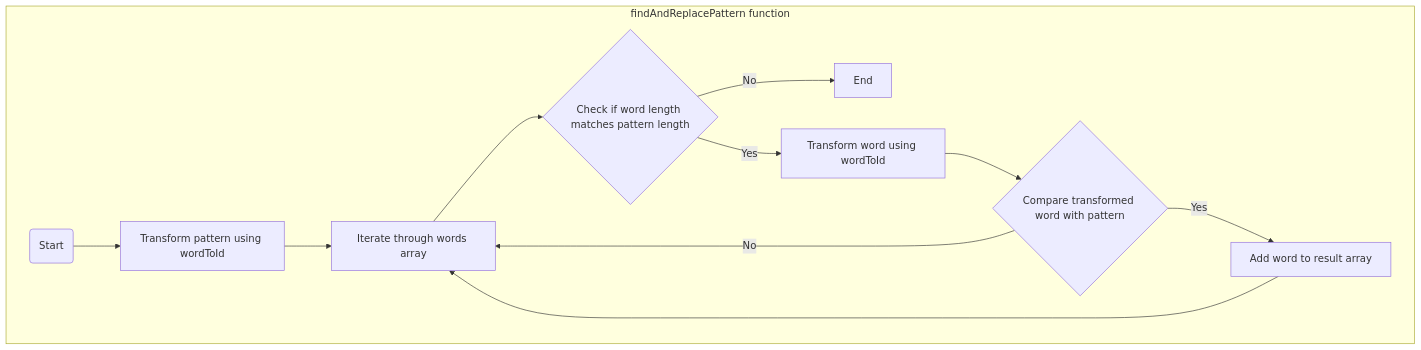
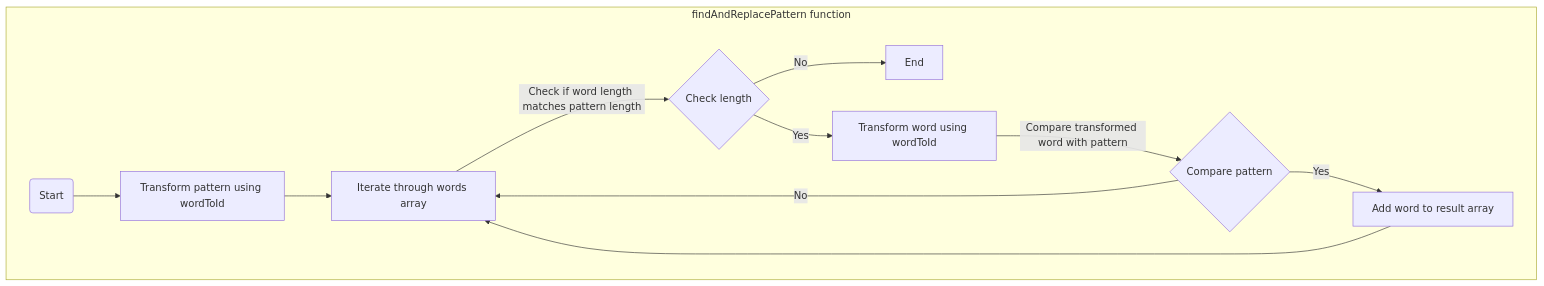
The diagram in clqthrbqo000008l734ixbkac.md (lyluongthien/thediligentengineer.com-backup), drawn with Mermaid before and after one commit.

Commit message:
update post: Write a find-and-replace-pattern LeetCode solution that beats 100.00% of users with TypeScript [54ms]

````diff
--- a/clqthrbqo000008l734ixbkac.md
+++ b/clqthrbqo000008l734ixbkac.md
@@ -41,15 +41,15 @@
 ```mermaid
 graph TD
 subgraph "findAndReplacePattern function"
     Start("Start") --> Transform["Transform pattern using wordToId"]
-    Transform --> Iterate["Iterate through words array"]
-    Iterate --> CheckLength{"Check if word length matches pattern length"}
-    CheckLength -- No --> End("End")
-    CheckLength -- Yes --> Transform2["Transform word using wordToId"]
-    Transform2 --> Compare{"Compare transformed word with pattern"}
-    Compare -- No --> Iterate
-    Compare -- Yes --> AddToResult["Add word to result array"]
-    AddToResult --> Iterate
-End[End]
+        Transform --> Iterate["Iterate through words array"]
+        Iterate --Check if word length matches pattern length--> CheckLength{"Check length"}
+        CheckLength -- No --> End("End")
+        CheckLength -- Yes --> Transform2["Transform word using wordToId"]
+        Transform2 --"Compare transformed word with pattern"--> Compare{"Compare pattern"}
+        Compare -- No --> Iterate
+        Compare -- Yes --> AddToResult["Add word to result array"]
+        AddToResult --> Iterate
+    End[End]
 end
 ```
````
